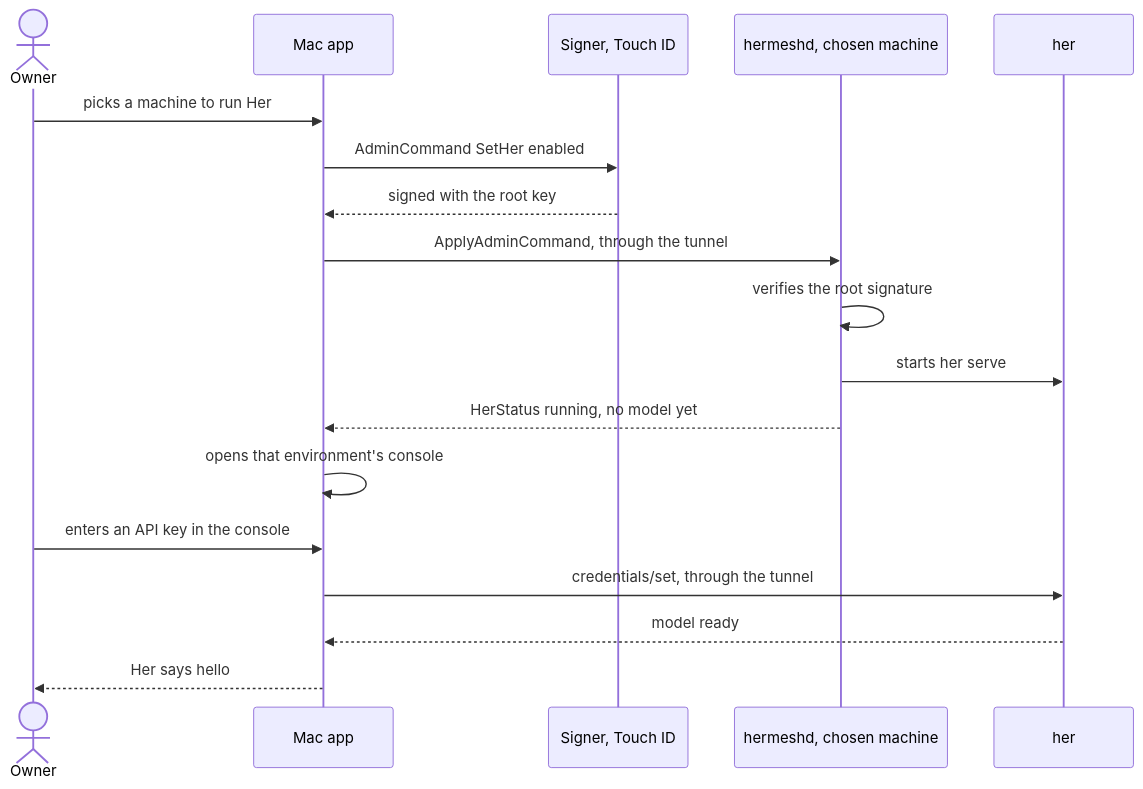
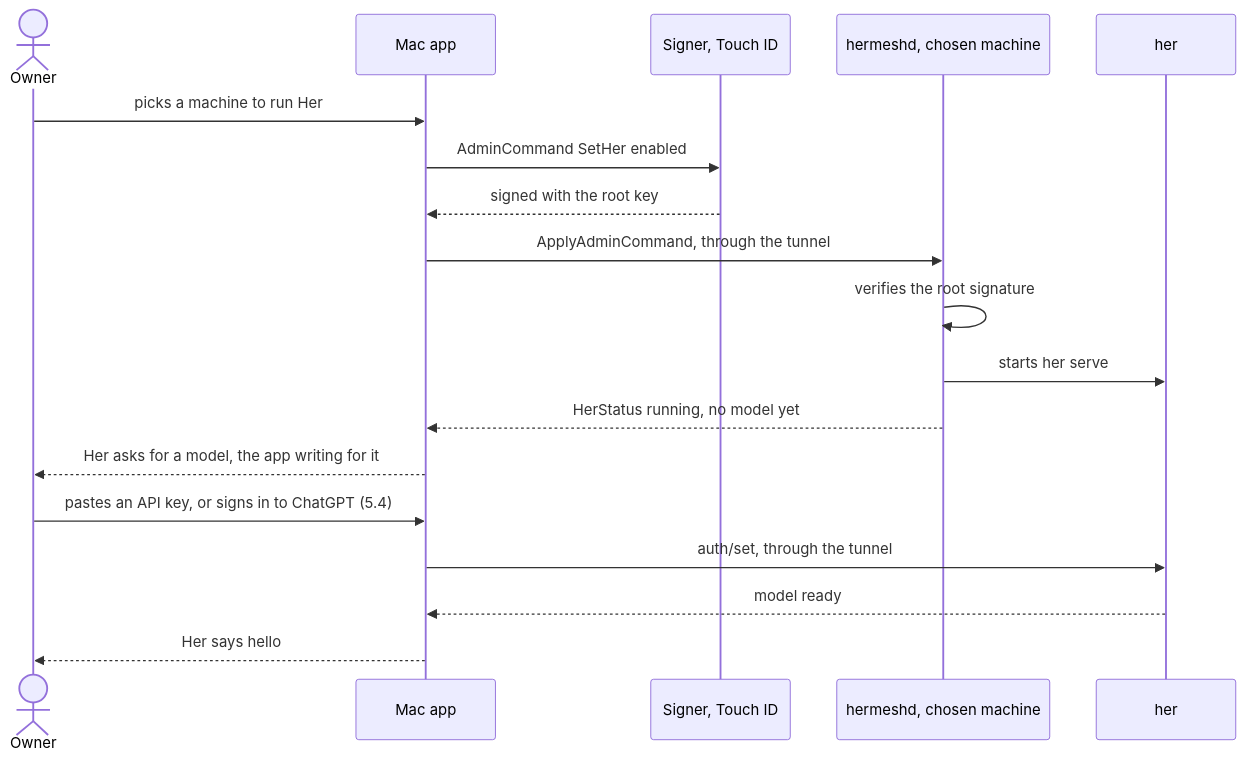
Before and after one commit to hermeshai/hermesh: the sixth of 9 diagrams in docs/her-server.md, drawn with Mermaid. The commit also changed other lines of this file and 14 other files, not shown here.

First line of the commit message:
Desktop: Her speaks first while its environment has no model

````diff
--- a/docs/her-server.md
+++ b/docs/her-server.md
@@ -355,20 +355,20 @@
 ```mermaid
 sequenceDiagram
     actor U as Owner
     participant App as Mac app
     participant S as Signer, Touch ID
     participant M as hermeshd, chosen machine
     participant H as her
     U->>App: picks a machine to run Her
     App->>S: AdminCommand SetHer enabled
     S-->>App: signed with the root key
     App->>M: ApplyAdminCommand, through the tunnel
     M->>M: verifies the root signature
     M->>H: starts her serve
     M-->>App: HerStatus running, no model yet
-    App->>App: opens that environment's console
-    U->>App: enters an API key in the console
-    App->>H: credentials/set, through the tunnel
+    App-->>U: Her asks for a model, the app writing for it
+    U->>App: pastes an API key, or signs in to ChatGPT (5.4)
+    App->>H: auth/set, through the tunnel
     H-->>App: model ready
     App-->>U: Her says hello
 ```
````
